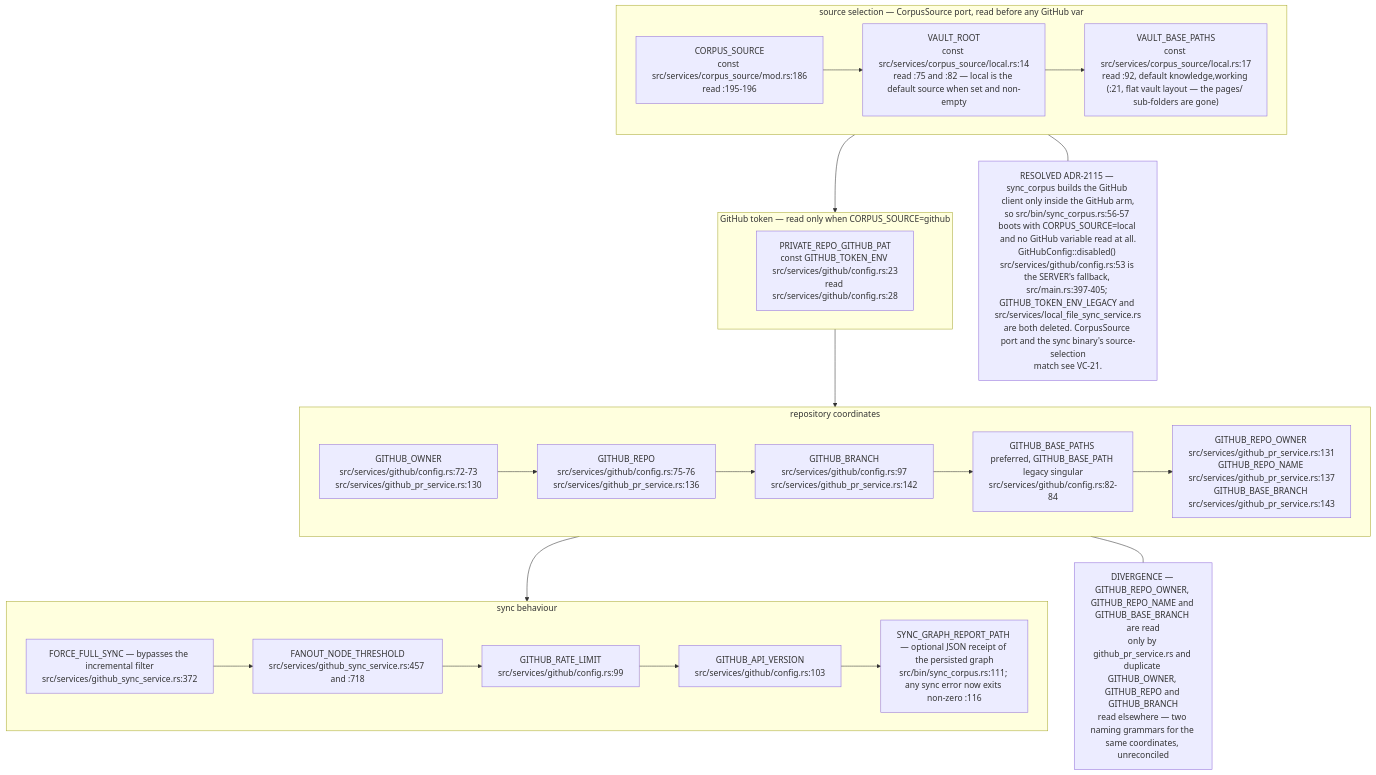
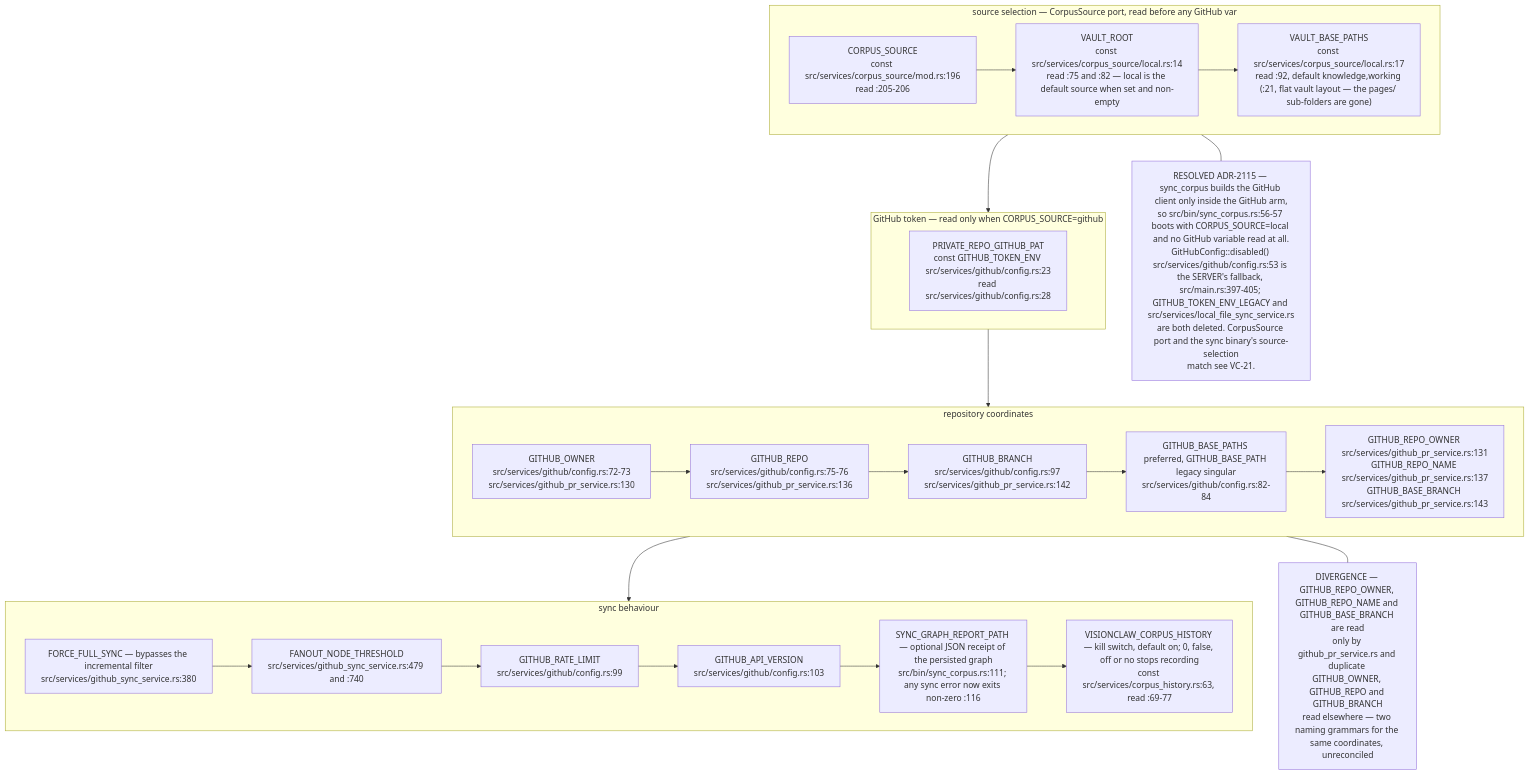
One commit to DreamLab-AI/VisionFlow changed diagram 11 of 16 in docs/diagrams/visionclaw/09-config-and-env-flags.md. Above: the diagram before and after it, drawn with Mermaid. The commit also changed other lines of this file and 56 other files, not shown here.

First line of the commit message:
docs(diagrams): re-verify VisionClaw topics at ec785afa9, add VC-19/56/57 and the VisionClaw register

````diff
--- a/docs/diagrams/visionclaw/09-config-and-env-flags.md
+++ b/docs/diagrams/visionclaw/09-config-and-env-flags.md
@@ -457,20 +470,20 @@
 ```mermaid
 flowchart TB
     subgraph SEL["source selection — CorpusSource port, read before any GitHub var"]
-        C1["CORPUS_SOURCE<br/>const src/services/corpus_source/mod.rs:186<br/>read :195-196"] --> C2["VAULT_ROOT<br/>const src/services/corpus_source/local.rs:14<br/>read :75 and :82 — local is the default source when set and non-empty"] --> C3["VAULT_BASE_PATHS<br/>const src/services/corpus_source/local.rs:17<br/>read :92, default knowledge,working (:21, flat vault layout — the pages/ sub-folders are gone)"]
+        C1["CORPUS_SOURCE<br/>const src/services/corpus_source/mod.rs:196<br/>read :205-206"] --> C2["VAULT_ROOT<br/>const src/services/corpus_source/local.rs:14<br/>read :75 and :82 — local is the default source when set and non-empty"] --> C3["VAULT_BASE_PATHS<br/>const src/services/corpus_source/local.rs:17<br/>read :92, default knowledge,working (:21, flat vault layout — the pages/ sub-folders are gone)"]
     end
     subgraph TOK["GitHub token — read only when CORPUS_SOURCE=github"]
         T1["PRIVATE_REPO_GITHUB_PAT<br/>const GITHUB_TOKEN_ENV src/services/github/config.rs:23<br/>read src/services/github/config.rs:28"]
     end
     subgraph LOC["repository coordinates"]
         L1["GITHUB_OWNER<br/>src/services/github/config.rs:72-73<br/>src/services/github_pr_service.rs:130"] --> L2["GITHUB_REPO<br/>src/services/github/config.rs:75-76<br/>src/services/github_pr_service.rs:136"] --> L3["GITHUB_BRANCH<br/>src/services/github/config.rs:97<br/>src/services/github_pr_service.rs:142"] --> L4["GITHUB_BASE_PATHS preferred, GITHUB_BASE_PATH legacy singular<br/>src/services/github/config.rs:82-84"] --> L5["GITHUB_REPO_OWNER src/services/github_pr_service.rs:131<br/>GITHUB_REPO_NAME src/services/github_pr_service.rs:137<br/>GITHUB_BASE_BRANCH src/services/github_pr_service.rs:143"]
     end
     subgraph BEHAV["sync behaviour"]
-        B1["FORCE_FULL_SYNC — bypasses the incremental filter<br/>src/services/github_sync_service.rs:372"] --> B2["FANOUT_NODE_THRESHOLD<br/>src/services/github_sync_service.rs:457 and :718"] --> B3["GITHUB_RATE_LIMIT<br/>src/services/github/config.rs:99"] --> B4["GITHUB_API_VERSION<br/>src/services/github/config.rs:103"] --> B5["SYNC_GRAPH_REPORT_PATH — optional JSON receipt of the persisted graph<br/>src/bin/sync_corpus.rs:111; any sync error now exits non-zero :116"]
+        B1["FORCE_FULL_SYNC — bypasses the incremental filter<br/>src/services/github_sync_service.rs:380"] --> B2["FANOUT_NODE_THRESHOLD<br/>src/services/github_sync_service.rs:479 and :740"] --> B3["GITHUB_RATE_LIMIT<br/>src/services/github/config.rs:99"] --> B4["GITHUB_API_VERSION<br/>src/services/github/config.rs:103"] --> B5["SYNC_GRAPH_REPORT_PATH — optional JSON receipt of the persisted graph<br/>src/bin/sync_corpus.rs:111; any sync error now exits non-zero :116"] --> B6["VISIONCLAW_CORPUS_HISTORY — kill switch, default on; 0, false, off or no stops recording<br/>const src/services/corpus_history.rs:63, read :69-77"]
     end
     SEL --> TOK --> LOC --> BEHAV
     N4["DIVERGENCE — GITHUB_REPO_OWNER, GITHUB_REPO_NAME and GITHUB_BASE_BRANCH are read<br/>only by github_pr_service.rs and duplicate GITHUB_OWNER, GITHUB_REPO and GITHUB_BRANCH<br/>read elsewhere — two naming grammars for the same coordinates, unreconciled"]
     LOC --- N4
     N5["RESOLVED ADR-2115 — sync_corpus builds the GitHub client only inside the GitHub arm,<br/>so src/bin/sync_corpus.rs:56-57 boots with CORPUS_SOURCE=local and no GitHub variable read at all.<br/>GitHubConfig::disabled() src/services/github/config.rs:53 is the SERVER's fallback, src/main.rs:397-405; GITHUB_TOKEN_ENV_LEGACY and src/services/local_file_sync_service.rs<br/>are both deleted. CorpusSource port and the sync binary's source-selection<br/>match see VC-21."]
     SEL --- N5
 ```
````
